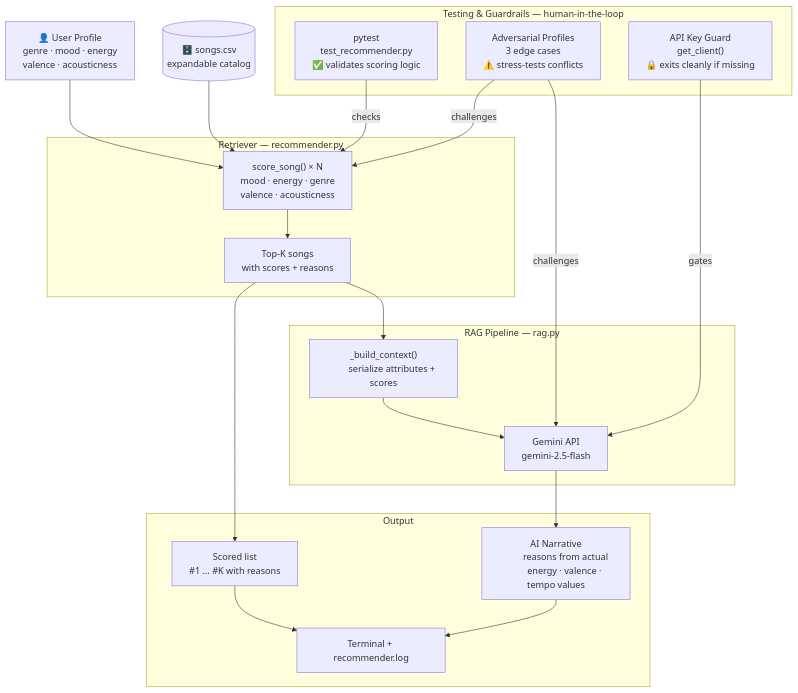
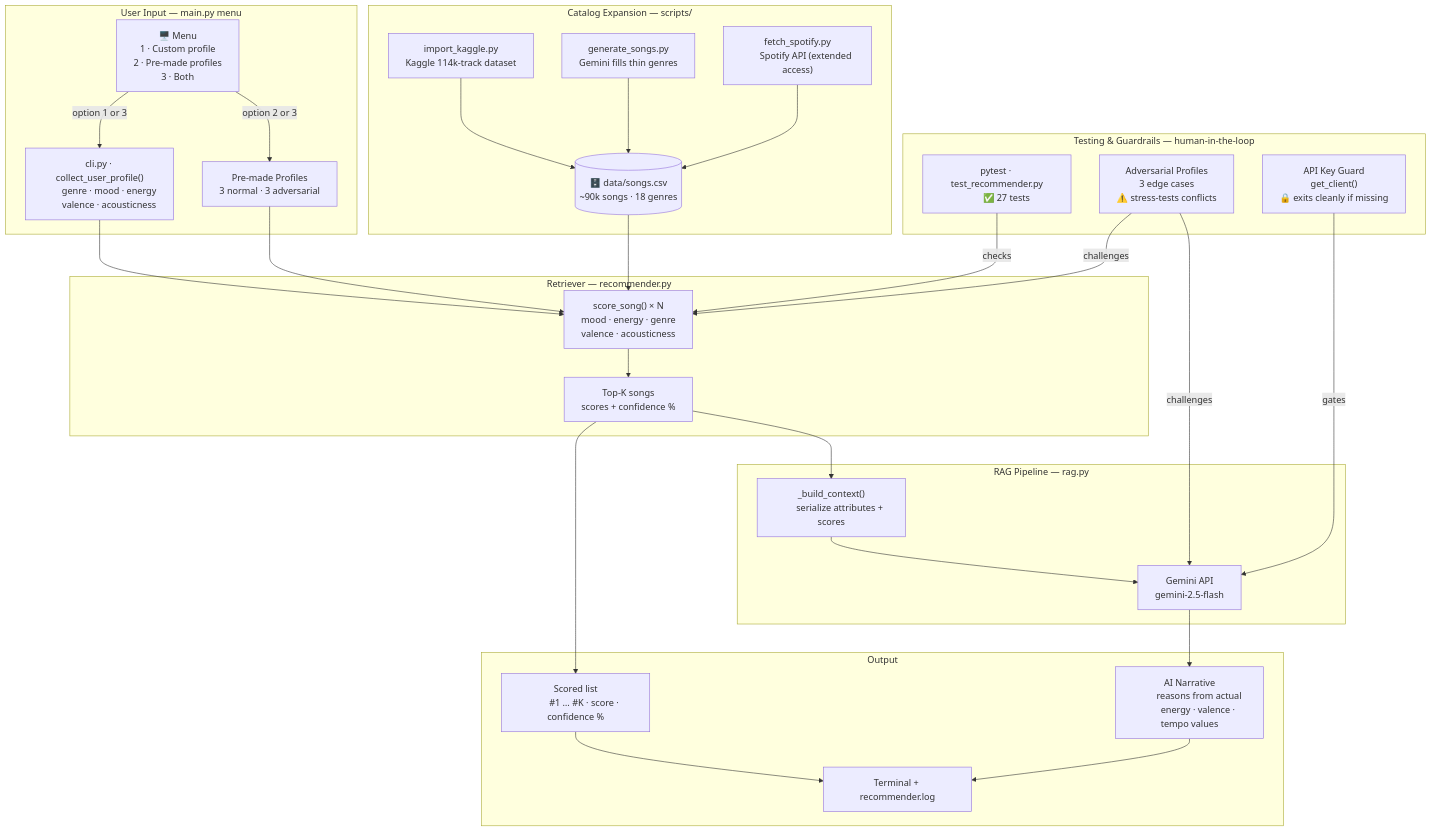
One commit to AngelinhoRG/Applied-AI-System-Project changed the diagram in README.md. Above: the diagram before and after it, drawn with Mermaid. The commit also changed 2 other files, not shown here.

Commit message:
Update to the System Architecture diagram

````diff
--- a/README.md
+++ b/README.md
@@ -29,58 +29,81 @@
 ```mermaid
 flowchart TD
-    A["👤 User Profile
-    genre · mood · energy
-    valence · acousticness"]
-    B[("🗄️ songs.csv
-    expandable catalog")]
+    subgraph Input["User Input — main.py menu"]
+        M["🖥️ Menu
+        1 · Custom profile
+        2 · Pre-made profiles
+        3 · Both"]
+        CLI["cli.py · collect_user_profile()
+        genre · mood · energy
+        valence · acousticness"]
+        PREFS["Pre-made Profiles
+        3 normal · 3 adversarial"]
+        M -->|option 1 or 3| CLI
+        M -->|option 2 or 3| PREFS
+    end
+
+    B[("🗄️ data/songs.csv
+    ~90k songs · 18 genres")]
+
+    subgraph Catalog["Catalog Expansion — scripts/"]
+        KAG["import_kaggle.py
+        Kaggle 114k-track dataset"]
+        GEN["generate_songs.py
+        Gemini fills thin genres"]
+        SPO["fetch_spotify.py
+        Spotify API (extended access)"]
+        KAG --> B
+        GEN --> B
+        SPO --> B
+    end
 
     subgraph Retriever["Retriever — recommender.py"]
         C["score_song() × N
         mood · energy · genre
         valence · acousticness"]
         D["Top-K songs
-        with scores + reasons"]
+        scores + confidence %"]
         C --> D
     end
 
     subgraph RAG["RAG Pipeline — rag.py"]
         E["_build_context()
         serialize attributes + scores"]
         F["Gemini API
         gemini-2.5-flash"]
         E --> F
     end
 
     subgraph Output["Output"]
-        G["Scored list
-        #1 … #K with reasons"]
+        SCORED["Scored list
+        #1 … #K · score · confidence %"]
         H["AI Narrative
         reasons from actual
         energy · valence · tempo values"]
         I["Terminal + recommender.log"]
-        G --> I
+        SCORED --> I
         H --> I
     end
 
     subgraph QA["Testing & Guardrails — human-in-the-loop"]
-        J["pytest
-        test_recommender.py
-        ✅ validates scoring logic"]
-        K["Adversarial Profiles
+        J["pytest · test_recommender.py
+        ✅ 27 tests"]
+        ADV["Adversarial Profiles
         3 edge cases
         ⚠️ stress-tests conflicts"]
         L["API Key Guard
         get_client()
         🔒 exits cleanly if missing"]
     end
 
-    A --> C
+    CLI --> C
+    PREFS --> C
     B --> C
     D --> E
-    D --> G
+    D --> SCORED
     F --> H
     J -->|checks| C
-    K -->|challenges| C
-    K -->|challenges| F
+    ADV -->|challenges| C
+    ADV -->|challenges| F
     L -->|gates| F
 ```
````
